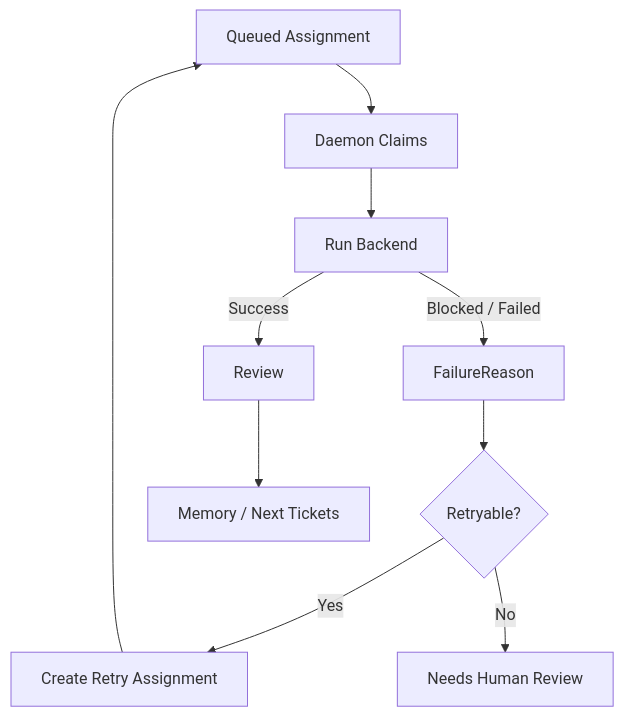
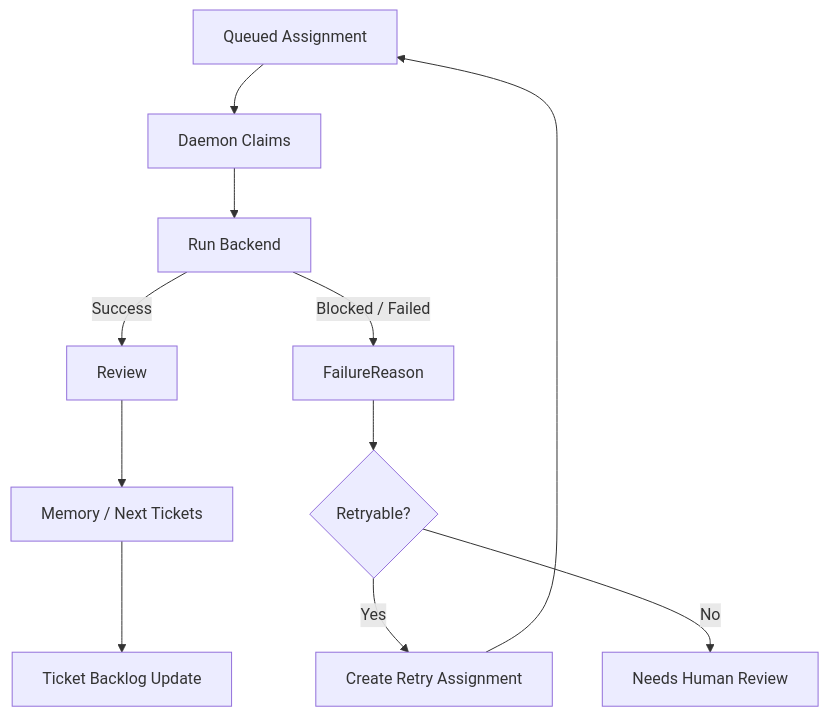
One commit to Hackerismydream/Ariadne changed the second of 2 diagrams in docs/architecture/ARIADNE_V1_RUNTIME_FLOW.md. Above: the diagram before and after it, drawn with Mermaid. The commit also changed other lines of this file and 26 other files, not shown here.

Commit message:
docs: correct architecture to ticket-centered workbench

````diff
--- a/docs/architecture/ARIADNE_V1_RUNTIME_FLOW.md
+++ b/docs/architecture/ARIADNE_V1_RUNTIME_FLOW.md
@@ -121,12 +127,13 @@
 ```mermaid
 flowchart TB
   Assignment["Queued Assignment"] --> Claim["Daemon Claims"]
   Claim --> Execute["Run Backend"]
   Execute -->|Success| Review["Review"]
   Execute -->|Blocked / Failed| Classify["FailureReason"]
   Classify --> Retryable{"Retryable?"}
   Retryable -->|"Yes"| Retry["Create Retry Assignment"]
   Retryable -->|"No"| Human["Needs Human Review"]
   Review --> Memory["Memory / Next Tickets"]
+  Memory --> Backlog["Ticket Backlog Update"]
   Retry --> Assignment
 ```
````
